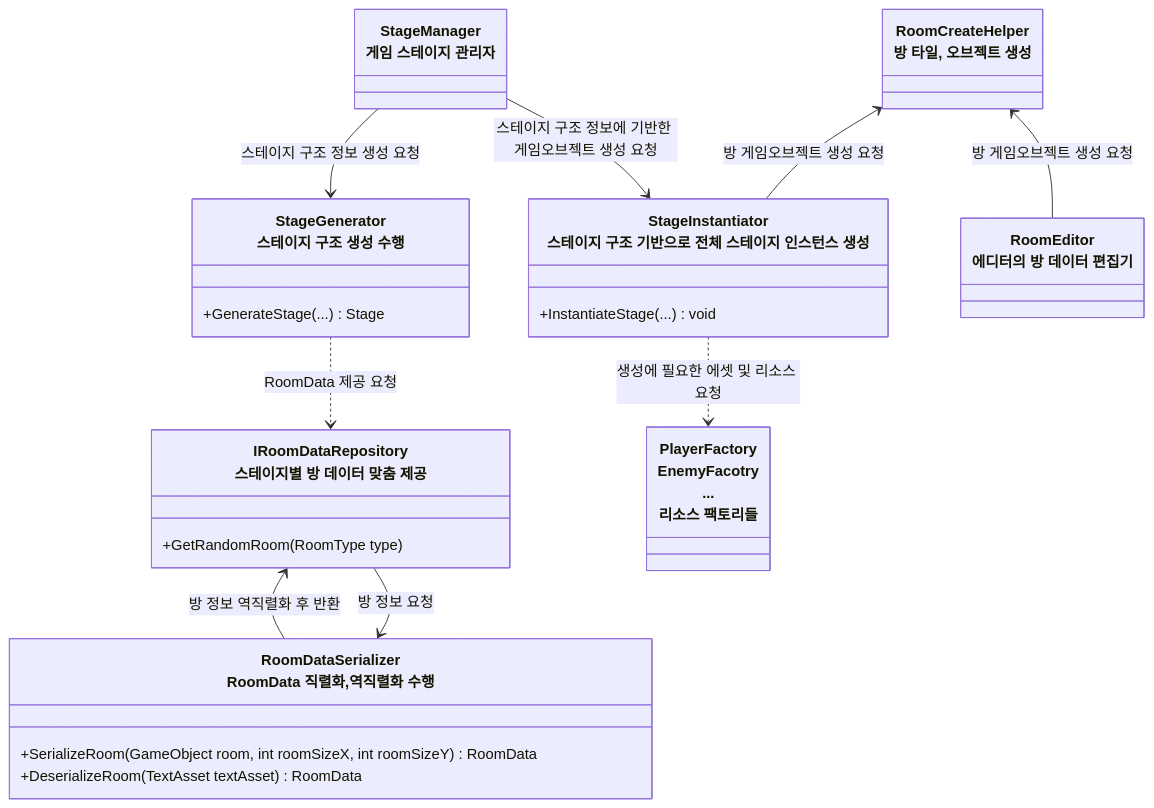
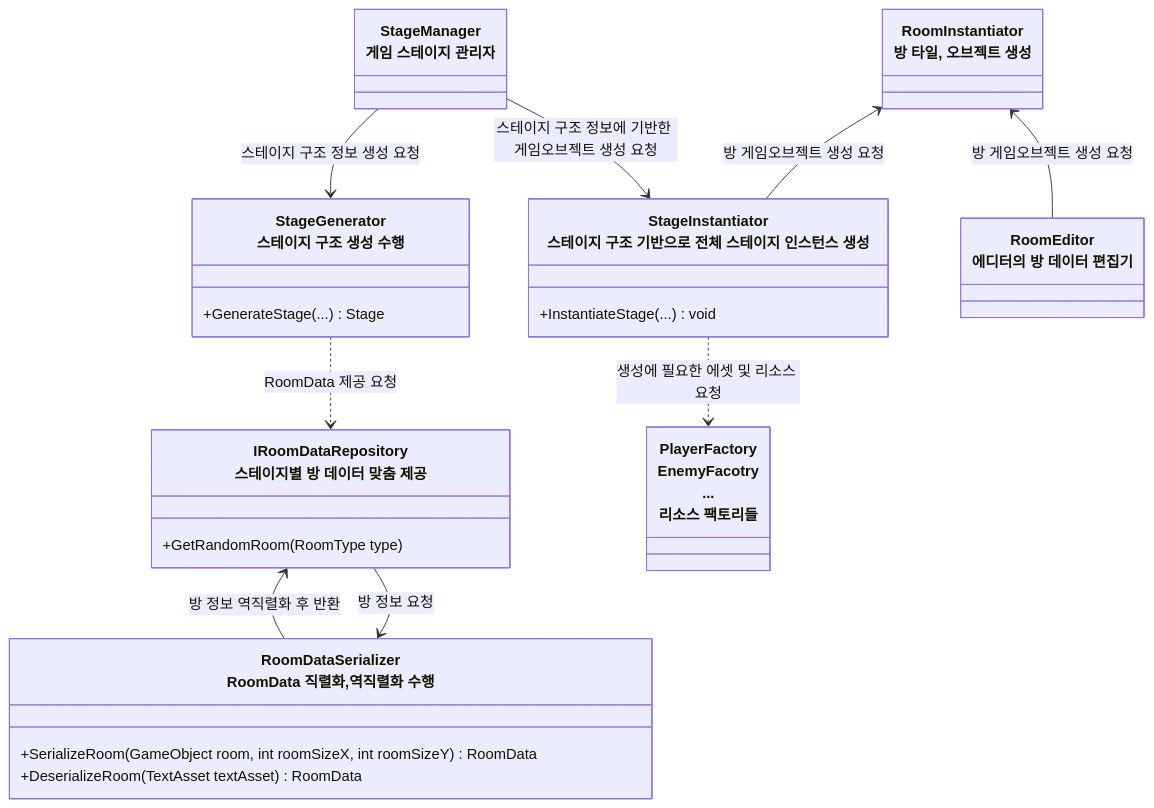
One commit to JIN5EOK/DungeonShooter changed the second of 4 diagrams in README/스테이지_설계.md. Above: the diagram before and after it, drawn with Mermaid. The commit also changed 8 other files, not shown here.

Commit message:
refactor: StageGenerator, StageInstantiator 일반 C# 객체로 변경

````diff
--- a/README/스테이지_설계.md
+++ b/README/스테이지_설계.md
@@ -77,37 +77,37 @@
 ```mermaid
 classDiagram
 
     class IRoomDataRepository["IRoomDataRepository<br>스테이지별 방 데이터 맞춤 제공"] {
         +GetRandomRoom(RoomType type)
     }
 
     class RoomDataSerializer["RoomDataSerializer<br>RoomData 직렬화,역직렬화 수행"]{
         +SerializeRoom(GameObject room, int roomSizeX, int roomSizeY) RoomData
         +DeserializeRoom(TextAsset textAsset) RoomData
     }
 
     class StageGenerator["StageGenerator<br>스테이지 구조 생성 수행"]{
         +GenerateStage(...) Stage
     }
 
     class StageInstantiator["StageInstantiator<br>스테이지 구조 기반으로 전체 스테이지 인스턴스 생성"]{
         +InstantiateStage(...) void
     }
     
     class StageManager["StageManager<br>게임 스테이지 관리자"]{
     }
     class 팩토리들["PlayerFactory<br>EnemyFacotry<br>...<br>리소스 팩토리들"]
 
-    class RoomCreateHelper["RoomCreateHelper<br>방 타일, 오브젝트 생성"]
+    class RoomInstantiator["RoomInstantiator<br>방 타일, 오브젝트 생성"]
     class RoomEditor["RoomEditor<br>에디터의 방 데이터 편집기"]
 
-    RoomCreateHelper <-- StageInstantiator : 방 게임오브젝트 생성 요청
-    RoomCreateHelper <-- RoomEditor : 방 게임오브젝트 생성 요청
+    RoomInstantiator <-- StageInstantiator : 방 게임오브젝트 생성 요청
+    RoomInstantiator <-- RoomEditor : 방 게임오브젝트 생성 요청
     StageGenerator ..> IRoomDataRepository : RoomData 제공 요청
     StageManager --> StageInstantiator : 스테이지 구조 정보에 기반한 게임오브젝트 생성 요청
     StageManager --> StageGenerator : 스테이지 구조 정보 생성 요청
 
     IRoomDataRepository --> RoomDataSerializer : 방 정보 요청
     RoomDataSerializer -->  IRoomDataRepository : 방 정보 역직렬화 후 반환
     StageInstantiator ..> 팩토리들 : 생성에 필요한 에셋 및 리소스 요청
 ```
````
